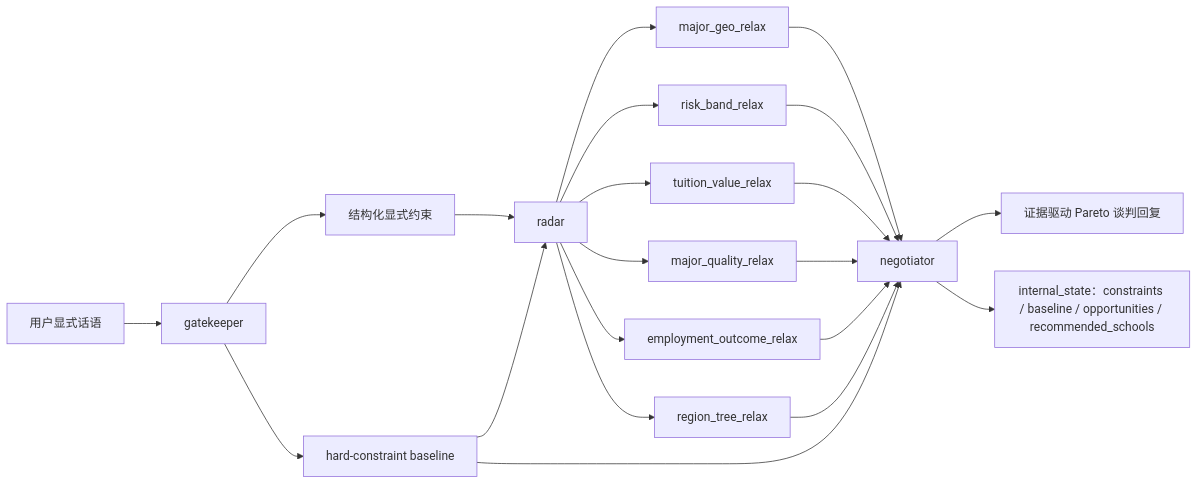
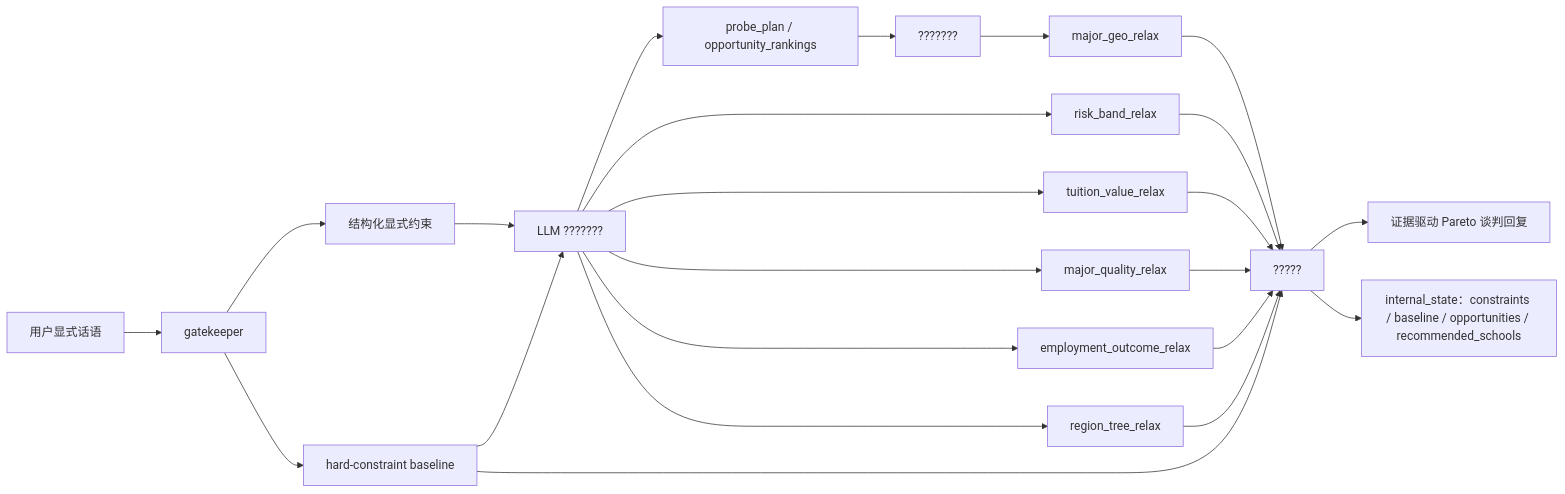
One commit to PZQ-ship-it/gaokaollm-v2 changed the second of 4 diagrams in gaokaollm_bench/outputs/thesis_figures_tables_pack.md. Above: the diagram before and after it, drawn with Mermaid. The commit also changed other lines of this file and 9 other files, not shown here.

````diff
--- a/gaokaollm_bench/outputs/thesis_figures_tables_pack.md
+++ b/gaokaollm_bench/outputs/thesis_figures_tables_pack.md
@@ -93,23 +93,25 @@
 ```mermaid
 flowchart LR
     IN["用户显式话语"] --> GK["gatekeeper"]
     GK --> C["结构化显式约束"]
     GK --> B["hard-constraint baseline"]
-    C --> RD["radar"]
+    C --> RD["LLM ???????"]
     B --> RD
-    RD --> O1["major_geo_relax"]
+    RD --> PLAN["probe_plan / opportunity_rankings"]
+    PLAN --> PROBE["???????"]
+    PROBE --> O1["major_geo_relax"]
     RD --> O2["risk_band_relax"]
     RD --> O3["tuition_value_relax"]
     RD --> O4["major_quality_relax"]
     RD --> O5["employment_outcome_relax"]
     RD --> O6["region_tree_relax"]
-    O1 --> NG["negotiator"]
+    O1 --> NG["?????"]
     O2 --> NG
     O3 --> NG
     O4 --> NG
     O5 --> NG
     O6 --> NG
     B --> NG
     NG --> OUT["证据驱动 Pareto 谈判回复"]
     NG --> STATE["internal_state：constraints / baseline / opportunities / recommended_schools"]
 ```
````
